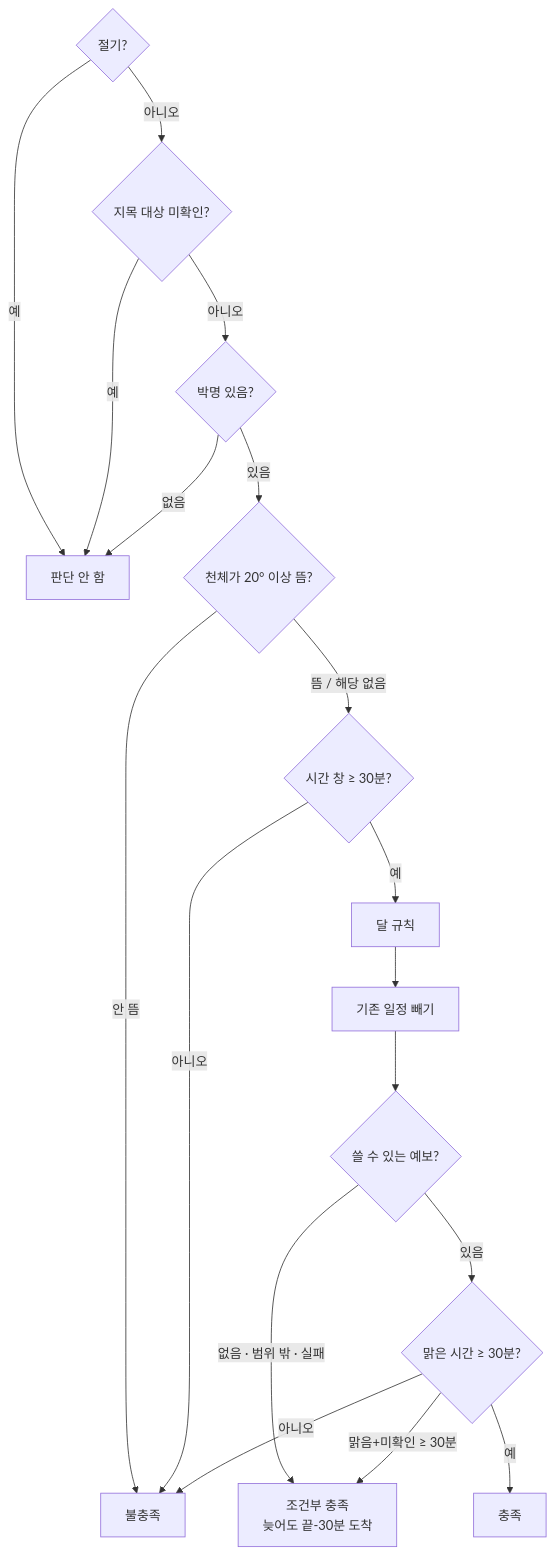
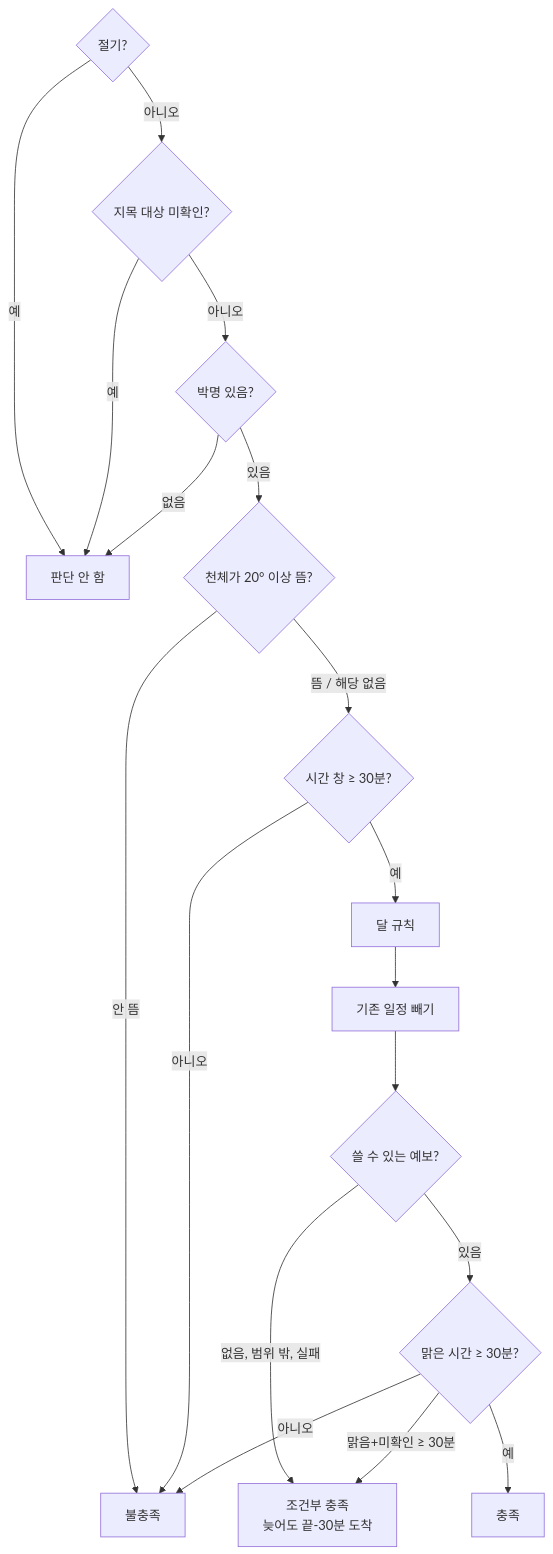
Before and after one commit to bnbong/Astrowatch: the third of 4 diagrams in docs/AGENT_DESIGN.md, drawn with Mermaid. The commit also changed other lines of this file and 99 other files, not shown here.

````diff
--- a/docs/AGENT_DESIGN.md
+++ b/docs/AGENT_DESIGN.md
@@ -127,19 +127,19 @@
 ```mermaid
 flowchart TD
   A{절기?} -->|예| UJ[판단 안 함]
   A -->|아니오| B{지목 대상 미확인?}
   B -->|예| UJ
   B -->|아니오| C{박명 있음?}
   C -->|없음| UJ
   C -->|있음| D{천체가 20° 이상 뜸?}
   D -->|안 뜸| UF[불충족]
   D -->|뜸 / 해당 없음| E{시간 창 ≥ 30분?}
   E -->|아니오| UF
   E -->|예| M[달 규칙] --> K[기존 일정 빼기]
   K --> W{쓸 수 있는 예보?}
-  W -->|없음 · 범위 밖 · 실패| CO[조건부 충족<br/>늦어도 끝-30분 도착]
+  W -->|없음, 범위 밖, 실패| CO[조건부 충족<br/>늦어도 끝-30분 도착]
   W -->|있음| CL{맑은 시간 ≥ 30분?}
   CL -->|예| FIT[충족]
   CL -->|맑음+미확인 ≥ 30분| CO
   CL -->|아니오| UF
 ```
````
